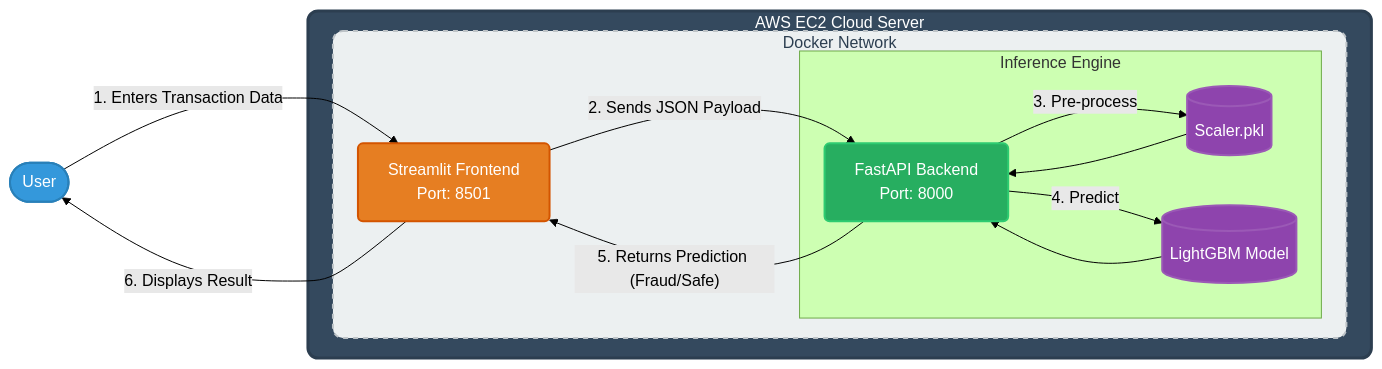
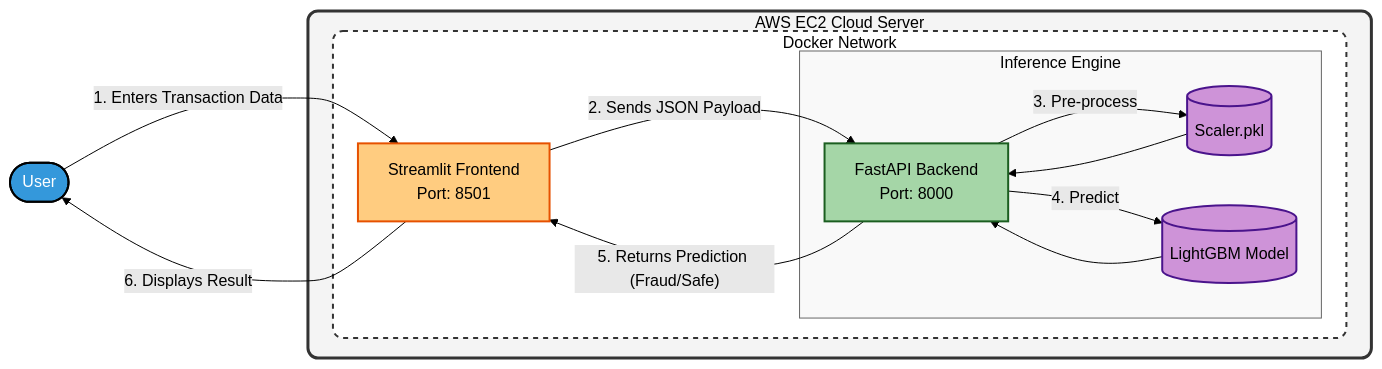
The diagram in README.md (KAILASH-SOU/Machine-Learning-Powered-Intelligent-Credit-Card-Fraud-Detection), drawn with Mermaid (forest theme) before and after one commit.

````diff
--- a/README.md
+++ b/README.md
@@ -1,33 +1,34 @@
 ```mermaid
 graph LR
     User([User]) -- "1. Enters Transaction Data" --> UI[Streamlit Frontend\nPort: 8501]
     
     subgraph AWS_EC2_Instance [AWS EC2 Cloud Server]
         subgraph Docker_Network [Docker Network]
             UI -- "2. Sends JSON Payload" --> API[FastAPI Backend\nPort: 8000]
             
             subgraph Model_Logic [Inference Engine]
                 API -- "3. Pre-process" --> Scaler[(Scaler.pkl)]
                 Scaler --> API
                 API -- "4. Predict" --> Model[(LightGBM Model)]
                 Model --> API
             end
         end
     end
 
     API -- "5. Returns Prediction (Fraud/Safe)" --> UI
     UI -- "6. Displays Result" --> User
 
-    %% --- Improved Styling Section ---
-    %% Darker container for AWS with white text
-    style AWS_EC2_Instance fill:#34495e,stroke:#2c3e50,stroke-width:3px,color:#fff,rx:10,ry:10
-    %% Lighter subtle container for network
-    style Docker_Network fill:#ecf0f1,stroke:#bdc3c7,stroke-width:2px,stroke-dasharray: 5 5,color:#2c3e50,rx:10,ry:10
+    %% --- High Visibility Styling ---
     
-    %% Vibrant, high-contrast component colors with white text
-    style User fill:#3498db,stroke:#2980b9,stroke-width:2px,color:#fff
-    style UI fill:#e67e22,stroke:#d35400,stroke-width:2px,color:#fff,rx:5,ry:5
-    style API fill:#27ae60,stroke:#2ecc71,stroke-width:2px,color:#fff,rx:5,ry:5
-    style Model fill:#8e44ad,stroke:#9b59b6,stroke-width:2px,color:#fff,rx:5,ry:5
-    style Scaler fill:#8e44ad,stroke:#9b59b6,stroke-width:2px,color:#fff,rx:5,ry:5
+    %% Containers
+    style AWS_EC2_Instance fill:#f4f4f4,stroke:#333,stroke-width:3px,color:#000,rx:10,ry:10
+    style Docker_Network fill:#fff,stroke:#333,stroke-width:2px,stroke-dasharray: 5 5,color:#000,rx:10,ry:10
+    style Model_Logic fill:#f9f9f9,stroke:#666,stroke-width:1px,color:#000
+    
+    %% Components (Black text for maximum contrast)
+    style User fill:#3498db,stroke:#000,stroke-width:2px,color:#fff
+    style UI fill:#FFCC80,stroke:#E65100,stroke-width:2px,color:#000
+    style API fill:#A5D6A7,stroke:#1B5E20,stroke-width:2px,color:#000
+    style Model fill:#CE93D8,stroke:#4A148C,stroke-width:2px,color:#000
+    style Scaler fill:#CE93D8,stroke:#4A148C,stroke-width:2px,color:#000
 ```
````
